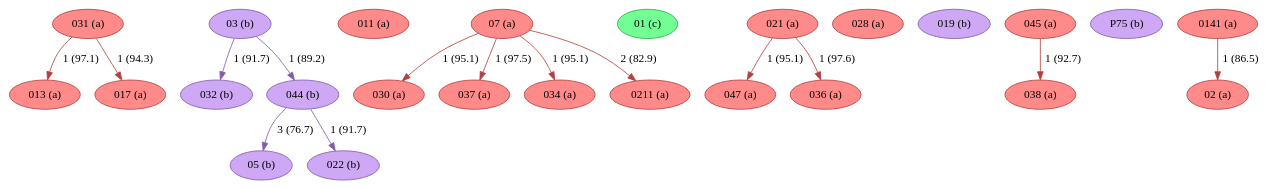
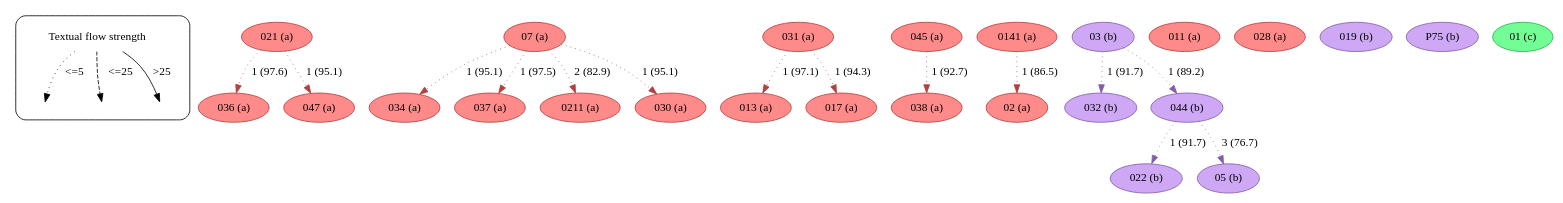
One commit to edmondac/CBGM changed the diagram in example/c499/textual_flow_24_38_c499.dot. Above: the diagram before and after it, drawn with Graphviz. The commit also changed 167 other files, not shown here.

```diff
--- a/example/c499/textual_flow_24_38_c499.dot
+++ b/example/c499/textual_flow_24_38_c499.dot
@@ -1,41 +1,168 @@
-strict digraph G {
-"013 (a)" [fillcolor="#FF8A8A", color="#b43f3f", style=filled];
-"05 (b)" [fillcolor="#CEA8F4", color="#835da9", style=filled];
-"011 (a)" [fillcolor="#FF8A8A", color="#b43f3f", style=filled];
-"017 (a)" [fillcolor="#FF8A8A", color="#b43f3f", style=filled];
-"07 (a)" [fillcolor="#FF8A8A", color="#b43f3f", style=filled];
-"030 (a)" [fillcolor="#FF8A8A", color="#b43f3f", style=filled];
-"01 (c)" [fillcolor="#72FE95", color="#27b34a", style=filled];
-"021 (a)" [fillcolor="#FF8A8A", color="#b43f3f", style=filled];
-"028 (a)" [fillcolor="#FF8A8A", color="#b43f3f", style=filled];
-"047 (a)" [fillcolor="#FF8A8A", color="#b43f3f", style=filled];
-"037 (a)" [fillcolor="#FF8A8A", color="#b43f3f", style=filled];
-"032 (b)" [fillcolor="#CEA8F4", color="#835da9", style=filled];
-"036 (a)" [fillcolor="#FF8A8A", color="#b43f3f", style=filled];
-"022 (b)" [fillcolor="#CEA8F4", color="#835da9", style=filled];
-"019 (b)" [fillcolor="#CEA8F4", color="#835da9", style=filled];
-"045 (a)" [fillcolor="#FF8A8A", color="#b43f3f", style=filled];
-"038 (a)" [fillcolor="#FF8A8A", color="#b43f3f", style=filled];
-"034 (a)" [fillcolor="#FF8A8A", color="#b43f3f", style=filled];
-"0211 (a)" [fillcolor="#FF8A8A", color="#b43f3f", style=filled];
-"P75 (b)" [fillcolor="#CEA8F4", color="#835da9", style=filled];
-"03 (b)" [fillcolor="#CEA8F4", color="#835da9", style=filled];
-"0141 (a)" [fillcolor="#FF8A8A", color="#b43f3f", style=filled];
-"02 (a)" [fillcolor="#FF8A8A", color="#b43f3f", style=filled];
-"031 (a)" [fillcolor="#FF8A8A", color="#b43f3f", style=filled];
-"044 (b)" [fillcolor="#CEA8F4", color="#835da9", style=filled];
-"07 (a)" -> "030 (a)"  [color="#b43f3f", label="1 (95.1)"];
-"07 (a)" -> "034 (a)"  [color="#b43f3f", label="1 (95.1)"];
-"07 (a)" -> "0211 (a)"  [color="#b43f3f", label="2 (82.9)"];
-"07 (a)" -> "037 (a)"  [color="#b43f3f", label="1 (97.5)"];
-"021 (a)" -> "036 (a)"  [color="#b43f3f", label="1 (97.6)"];
-"021 (a)" -> "047 (a)"  [color="#b43f3f", label="1 (95.1)"];
-"045 (a)" -> "038 (a)"  [color="#b43f3f", label="1 (92.7)"];
-"03 (b)" -> "032 (b)"  [color="#835da9", label="1 (91.7)"];
-"03 (b)" -> "044 (b)"  [color="#835da9", label="1 (89.2)"];
-"0141 (a)" -> "02 (a)"  [color="#b43f3f", label="1 (86.5)"];
-"031 (a)" -> "013 (a)"  [color="#b43f3f", label="1 (97.1)"];
-"031 (a)" -> "017 (a)"  [color="#b43f3f", label="1 (94.3)"];
-"044 (b)" -> "05 (b)"  [color="#835da9", label="3 (76.7)"];
-"044 (b)" -> "022 (b)"  [color="#835da9", label="1 (91.7)"];
+strict digraph  {
+	node [label="\N"];
+	subgraph cluster_legend {
+		graph [style=rounded];
+		leg_s		 [label="Textual flow strength",
+			shape=plaintext];
+		leg_e1		 [fixedsize=True,
+			height=0.2,
+			label="",
+			style=invis];
+		leg_s -> leg_e1		 [label="<=5  ",
+			style=dotted];
+		leg_e2		 [fixedsize=True,
+			height=0.2,
+			label="",
+			style=invis];
+		leg_s -> leg_e2		 [label="  <=25",
+			style=dashed];
+		leg_e3		 [fixedsize=True,
+			height=0.2,
+			label="",
+			style=invis];
+		leg_s -> leg_e3		 [label=">25",
+			style=solid];
+	}
+	021	 [color="#b43f3f",
+		fillcolor="#FF8A8A",
+		label="021 (a)",
+		style=filled];
+	036	 [color="#b43f3f",
+		fillcolor="#FF8A8A",
+		label="036 (a)",
+		style=filled];
+	021 -> 036	 [color="#b43f3f",
+		label="1 (97.6)",
+		style=dotted];
+	047	 [color="#b43f3f",
+		fillcolor="#FF8A8A",
+		label="047 (a)",
+		style=filled];
+	021 -> 047	 [color="#b43f3f",
+		label="1 (95.1)",
+		style=dotted];
+	07	 [color="#b43f3f",
+		fillcolor="#FF8A8A",
+		label="07 (a)",
+		style=filled];
+	034	 [color="#b43f3f",
+		fillcolor="#FF8A8A",
+		label="034 (a)",
+		style=filled];
+	07 -> 034	 [color="#b43f3f",
+		label="1 (95.1)",
+		style=dotted];
+	037	 [color="#b43f3f",
+		fillcolor="#FF8A8A",
+		label="037 (a)",
+		style=filled];
+	07 -> 037	 [color="#b43f3f",
+		label="1 (97.5)",
+		style=dotted];
+	0211	 [color="#b43f3f",
+		fillcolor="#FF8A8A",
+		label="0211 (a)",
+		style=filled];
+	07 -> 0211	 [color="#b43f3f",
+		label="2 (82.9)",
+		style=dotted];
+	030	 [color="#b43f3f",
+		fillcolor="#FF8A8A",
+		label="030 (a)",
+		style=filled];
+	07 -> 030	 [color="#b43f3f",
+		label="1 (95.1)",
+		style=dotted];
+	031	 [color="#b43f3f",
+		fillcolor="#FF8A8A",
+		label="031 (a)",
+		style=filled];
+	013	 [color="#b43f3f",
+		fillcolor="#FF8A8A",
+		label="013 (a)",
+		style=filled];
+	031 -> 013	 [color="#b43f3f",
+		label="1 (97.1)",
+		style=dotted];
+	017	 [color="#b43f3f",
+		fillcolor="#FF8A8A",
+		label="017 (a)",
+		style=filled];
+	031 -> 017	 [color="#b43f3f",
+		label="1 (94.3)",
+		style=dotted];
+	045	 [color="#b43f3f",
+		fillcolor="#FF8A8A",
+		label="045 (a)",
+		style=filled];
+	038	 [color="#b43f3f",
+		fillcolor="#FF8A8A",
+		label="038 (a)",
+		style=filled];
+	045 -> 038	 [color="#b43f3f",
+		label="1 (92.7)",
+		style=dotted];
+	0141	 [color="#b43f3f",
+		fillcolor="#FF8A8A",
+		label="0141 (a)",
+		style=filled];
+	02	 [color="#b43f3f",
+		fillcolor="#FF8A8A",
+		label="02 (a)",
+		style=filled];
+	0141 -> 02	 [color="#b43f3f",
+		label="1 (86.5)",
+		style=dotted];
+	03	 [color="#835da9",
+		fillcolor="#CEA8F4",
+		label="03 (b)",
+		style=filled];
+	032	 [color="#835da9",
+		fillcolor="#CEA8F4",
+		label="032 (b)",
+		style=filled];
+	03 -> 032	 [color="#835da9",
+		label="1 (91.7)",
+		style=dotted];
+	044	 [color="#835da9",
+		fillcolor="#CEA8F4",
+		label="044 (b)",
+		style=filled];
+	03 -> 044	 [color="#835da9",
+		label="1 (89.2)",
+		style=dotted];
+	022	 [color="#835da9",
+		fillcolor="#CEA8F4",
+		label="022 (b)",
+		style=filled];
+	044 -> 022	 [color="#835da9",
+		label="1 (91.7)",
+		style=dotted];
+	05	 [color="#835da9",
+		fillcolor="#CEA8F4",
+		label="05 (b)",
+		style=filled];
+	044 -> 05	 [color="#835da9",
+		label="3 (76.7)",
+		style=dotted];
+	011	 [color="#b43f3f",
+		fillcolor="#FF8A8A",
+		label="011 (a)",
+		style=filled];
+	028	 [color="#b43f3f",
+		fillcolor="#FF8A8A",
+		label="028 (a)",
+		style=filled];
+	019	 [color="#835da9",
+		fillcolor="#CEA8F4",
+		label="019 (b)",
+		style=filled];
+	P75	 [color="#835da9",
+		fillcolor="#CEA8F4",
+		label="P75 (b)",
+		style=filled];
+	01	 [color="#27b34a",
+		fillcolor="#72FE95",
+		label="01 (c)",
+		style=filled];
 }
```
